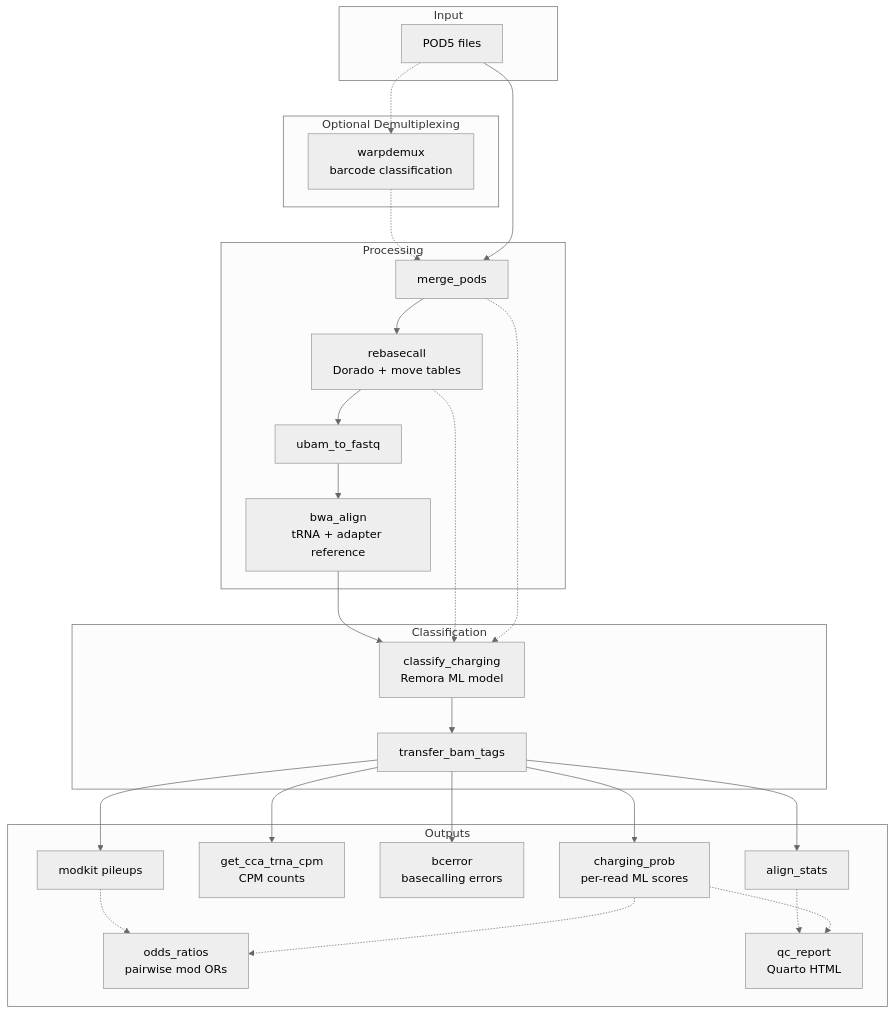
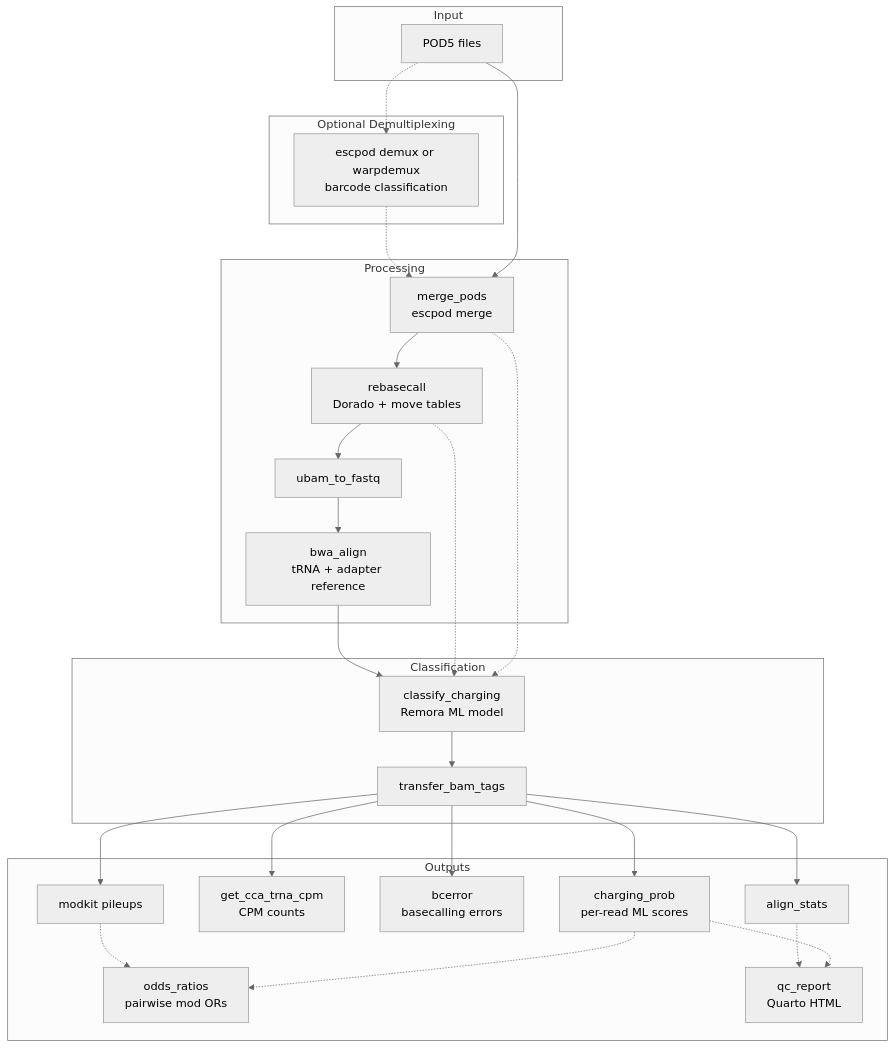
One commit to rnabioco/aa-tRNA-seq-pipeline changed the diagram in README.md. Above: the diagram before and after it, drawn with Mermaid (neutral theme). The commit also changed other lines of this file and 18 other files, not shown here.

````diff
--- a/README.md
+++ b/README.md
@@ -96,39 +116,39 @@
 ```mermaid
 flowchart TD
     subgraph Input
         POD5[POD5 files]
     end
 
     subgraph Demux [Optional Demultiplexing]
-        W[warpdemux<br/>barcode classification]
+        W[escpod demux or warpdemux<br/>barcode classification]
     end
 
     subgraph Processing
-        A[merge_pods] --> B[rebasecall<br/>Dorado + move tables]
+        A[merge_pods<br/>escpod merge] --> B[rebasecall<br/>Dorado + move tables]
         B --> C[ubam_to_fastq]
         C --> D[bwa_align<br/>tRNA + adapter reference]
     end
 
     subgraph Classification
         D --> F[classify_charging<br/>Remora ML model]
         B -.-> F
         A -.-> F
         F --> G[transfer_bam_tags]
     end
 
     subgraph Outputs
         G --> H[charging_prob<br/>per-read ML scores]
         G --> I[get_cca_trna_cpm<br/>CPM counts]
         G --> J[bcerror<br/>basecalling errors]
         G --> K[align_stats]
         G --> L[modkit pileups]
         L -.-> M[odds_ratios<br/>pairwise mod ORs]
         H -.-> M
         K -.-> N[qc_report<br/>Quarto HTML]
         H -.-> N
     end
 
     POD5 -.-> W
     W -.-> A
     POD5 --> A
 ```
````
